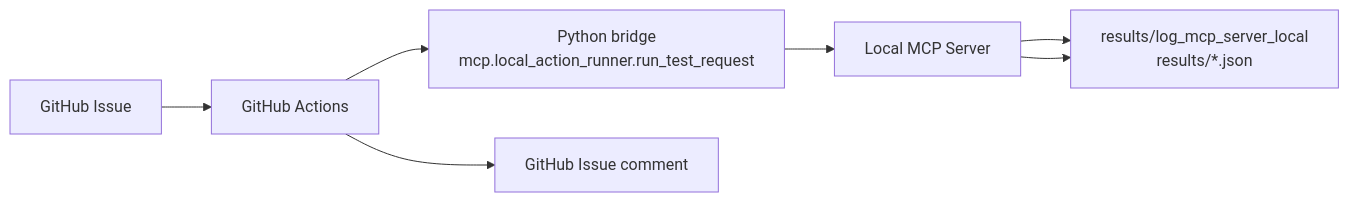
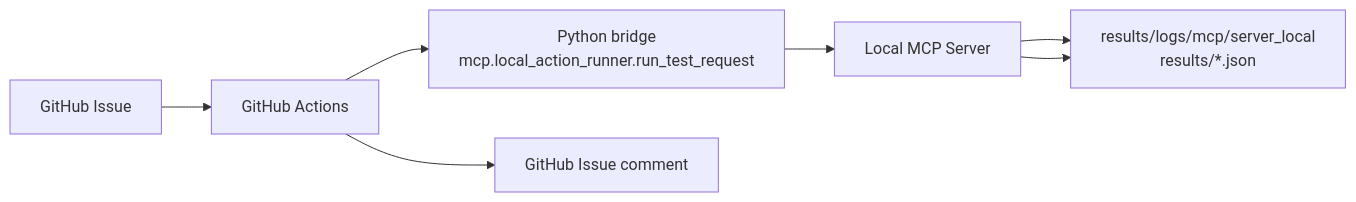
The diagram in docs/mcp/mcp_server_github.md (JeonghunLee/local-ai-agent-mcp), drawn with Mermaid before and after one commit. The commit also changed other lines of this file and 5 other files, not shown here.

````diff
--- a/docs/mcp/mcp_server_github.md
+++ b/docs/mcp/mcp_server_github.md
@@ -49,9 +49,9 @@
 ```mermaid
 flowchart LR
     A["GitHub Issue"] --> B["GitHub Actions"]
     B --> C["Python bridge<br/>mcp.local_action_runner.run_test_request"]
     C --> D["Local MCP Server"]
-    D --> E["results/log_mcp_server_local<br/>results/*.json"]
+    D --> E["results/logs/mcp/server_local<br/>results/*.json"]
     B --> F["GitHub Issue comment"]
     D --> E
 ```
````
